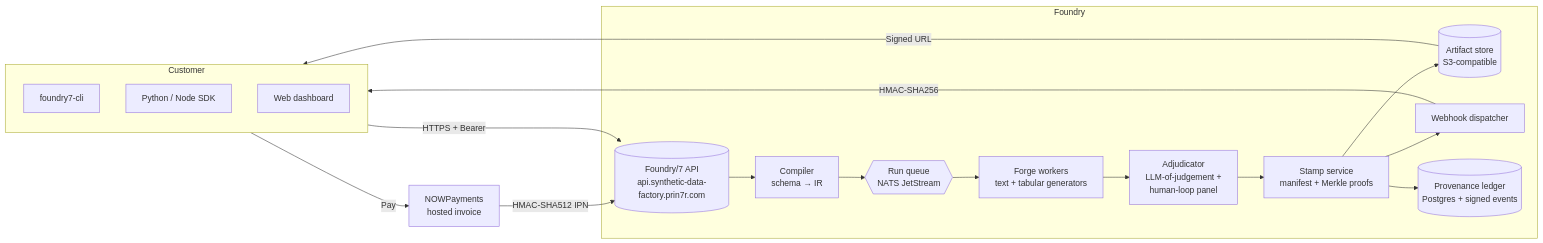
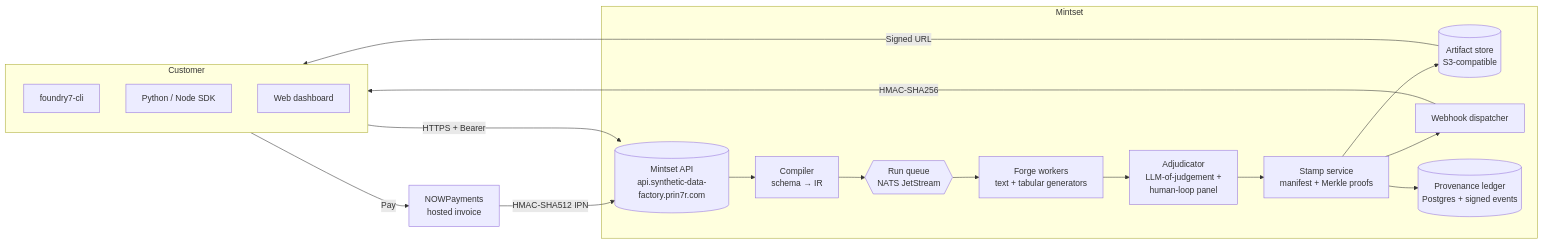
One commit to prin7r-projects/synthetic-data-factory changed the diagram in docs/02-architecture.md. Above: the diagram before and after it, drawn with Mermaid. The commit also changed 19 other files, not shown here.

First line of the commit message:
rebrand+design: Foundry/7 → Mintset (FAIL on Microsoft Azure AI Foundry SERP) + no-beige canvas

````diff
--- a/docs/02-architecture.md
+++ b/docs/02-architecture.md
@@ -5,26 +5,26 @@
 ```mermaid
 flowchart LR
   subgraph Customer
     CLI[foundry7-cli]
     SDK[Python / Node SDK]
     Web[Web dashboard]
   end
 
-  Customer -->|HTTPS + Bearer| API[(Foundry/7 API\napi.synthetic-data-factory.prin7r.com)]
+  Customer -->|HTTPS + Bearer| API[(Mintset API\napi.synthetic-data-factory.prin7r.com)]
 
-  subgraph Foundry
+  subgraph Mintset
     API --> COMPILE[Compiler\nschema → IR]
     COMPILE --> QUEUE{{Run queue\nNATS JetStream}}
     QUEUE --> FORGE[Forge workers\ntext + tabular generators]
     FORGE --> JUDGE[Adjudicator\nLLM-of-judgement +\nhuman-loop panel]
     JUDGE --> STAMP[Stamp service\nmanifest + Merkle proofs]
     STAMP --> STORE[(Artifact store\nS3-compatible)]
     STAMP --> WEBHOOK[Webhook dispatcher]
     STAMP --> LEDGER[(Provenance ledger\nPostgres + signed events)]
   end
 
   WEBHOOK -->|HMAC-SHA256| Customer
   STORE -->|Signed URL| Customer
   Customer -->|Pay| NOW[NOWPayments\nhosted invoice]
   NOW -->|HMAC-SHA512 IPN| API
 ```
````
